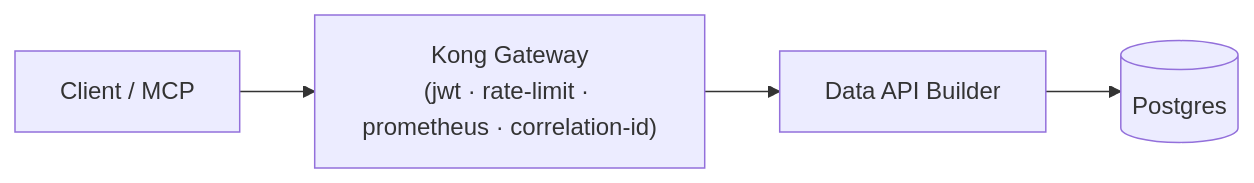
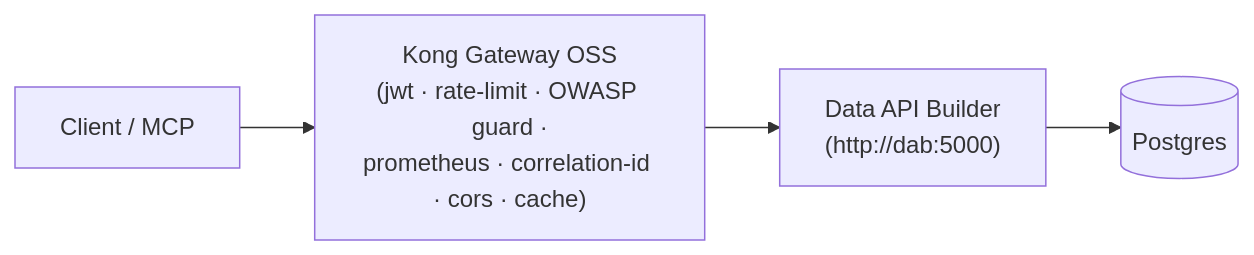
One commit to fgarofalo56/nasa-api-first-poc changed the diagram in services/gateway/README.md. Above: the diagram before and after it, drawn with Mermaid. The commit also changed other lines of this file and 27 other files, not shown here.

````diff
--- a/services/gateway/README.md
+++ b/services/gateway/README.md
@@ -7,6 +15,6 @@
 ```mermaid
 flowchart LR
-    client["Client / MCP"] --> kong["Kong Gateway<br/>(jwt · rate-limit · prometheus · correlation-id)"]
-    kong --> dab["Data API Builder"]
+    client["Client / MCP"] --> kong["Kong Gateway OSS<br/>(jwt · rate-limit · OWASP guard ·<br/>prometheus · correlation-id · cors · cache)"]
+    kong --> dab["Data API Builder<br/>(http://dab:5000)"]
     dab --> pg[("Postgres")]
 ```
````
